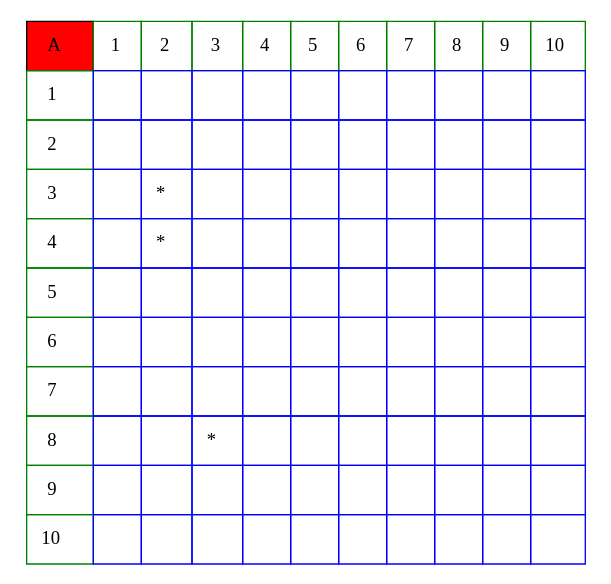
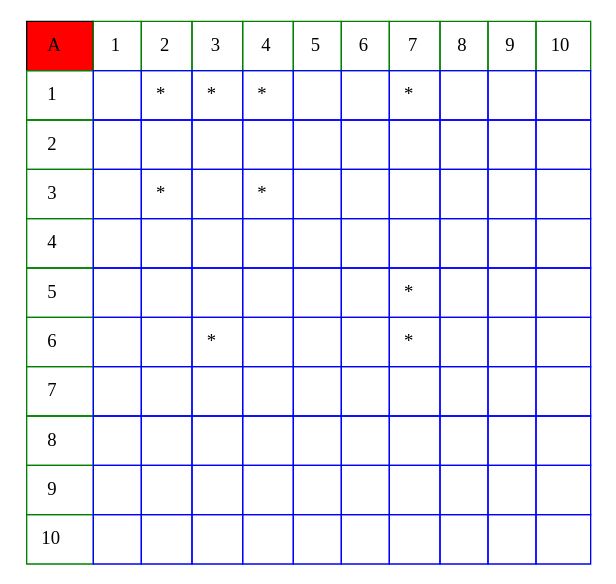
Before and after one commit to AbidelLux/Proyecto02_1S2021IPC2_JAMES: the diagram in Resultado.dot, drawn with Graphviz. The commit also changed 17 other files, not shown here.

```diff
--- a/Resultado.dot
+++ b/Resultado.dot
@@ -1,21 +1,21 @@
 digraph {
 	tbl [
 	size="4,4"
 	shape=plaintext
 	label=<
 
 		<table border="0" color="green" cellpadding="10" cellborder="1" cellspacing="0">
 	<tr><td bgcolor = "red" color="black"> A </td><td color="green">1</td><td color="green">2</td><td color="green">3</td><td color="green">4</td><td color="green">5</td><td color="green">6</td><td color="green">7</td><td color="green">8</td><td color="green">9</td><td color="green">10</td></tr>
-			<tr><td color="green"> 1 </td><td color="blue">   </td><td color="blue">   </td><td color="blue">   </td><td color="blue">   </td><td color="blue">   </td><td color="blue">   </td><td color="blue">   </td><td color="blue">   </td><td color="blue">   </td><td color="blue">   </td></tr>
+			<tr><td color="green"> 1 </td><td color="blue">   </td><td color="blue"> * </td><td color="blue"> * </td><td color="blue"> * </td><td color="blue">   </td><td color="blue">   </td><td color="blue"> * </td><td color="blue">   </td><td color="blue">   </td><td color="blue">   </td></tr>
 			<tr><td color="green"> 2 </td><td color="blue">   </td><td color="blue">   </td><td color="blue">   </td><td color="blue">   </td><td color="blue">   </td><td color="blue">   </td><td color="blue">   </td><td color="blue">   </td><td color="blue">   </td><td color="blue">   </td></tr>
-			<tr><td color="green"> 3 </td><td color="blue">   </td><td color="blue"> * </td><td color="blue">   </td><td color="blue">   </td><td color="blue">   </td><td color="blue">   </td><td color="blue">   </td><td color="blue">   </td><td color="blue">   </td><td color="blue">   </td></tr>
-			<tr><td color="green"> 4 </td><td color="blue">   </td><td color="blue"> * </td><td color="blue">   </td><td color="blue">   </td><td color="blue">   </td><td color="blue">   </td><td color="blue">   </td><td color="blue">   </td><td color="blue">   </td><td color="blue">   </td></tr>
-			<tr><td color="green"> 5 </td><td color="blue">   </td><td color="blue">   </td><td color="blue">   </td><td color="blue">   </td><td color="blue">   </td><td color="blue">   </td><td color="blue">   </td><td color="blue">   </td><td color="blue">   </td><td color="blue">   </td></tr>
-			<tr><td color="green"> 6 </td><td color="blue">   </td><td color="blue">   </td><td color="blue">   </td><td color="blue">   </td><td color="blue">   </td><td color="blue">   </td><td color="blue">   </td><td color="blue">   </td><td color="blue">   </td><td color="blue">   </td></tr>
+			<tr><td color="green"> 3 </td><td color="blue">   </td><td color="blue"> * </td><td color="blue">   </td><td color="blue"> * </td><td color="blue">   </td><td color="blue">   </td><td color="blue">   </td><td color="blue">   </td><td color="blue">   </td><td color="blue">   </td></tr>
+			<tr><td color="green"> 4 </td><td color="blue">   </td><td color="blue">   </td><td color="blue">   </td><td color="blue">   </td><td color="blue">   </td><td color="blue">   </td><td color="blue">   </td><td color="blue">   </td><td color="blue">   </td><td color="blue">   </td></tr>
+			<tr><td color="green"> 5 </td><td color="blue">   </td><td color="blue">   </td><td color="blue">   </td><td color="blue">   </td><td color="blue">   </td><td color="blue">   </td><td color="blue"> * </td><td color="blue">   </td><td color="blue">   </td><td color="blue">   </td></tr>
+			<tr><td color="green"> 6 </td><td color="blue">   </td><td color="blue">   </td><td color="blue"> * </td><td color="blue">   </td><td color="blue">   </td><td color="blue">   </td><td color="blue"> * </td><td color="blue">   </td><td color="blue">   </td><td color="blue">   </td></tr>
 			<tr><td color="green"> 7 </td><td color="blue">   </td><td color="blue">   </td><td color="blue">   </td><td color="blue">   </td><td color="blue">   </td><td color="blue">   </td><td color="blue">   </td><td color="blue">   </td><td color="blue">   </td><td color="blue">   </td></tr>
-			<tr><td color="green"> 8 </td><td color="blue">   </td><td color="blue">   </td><td color="blue"> * </td><td color="blue">   </td><td color="blue">   </td><td color="blue">   </td><td color="blue">   </td><td color="blue">   </td><td color="blue">   </td><td color="blue">   </td></tr>
+			<tr><td color="green"> 8 </td><td color="blue">   </td><td color="blue">   </td><td color="blue">   </td><td color="blue">   </td><td color="blue">   </td><td color="blue">   </td><td color="blue">   </td><td color="blue">   </td><td color="blue">   </td><td color="blue">   </td></tr>
 			<tr><td color="green"> 9 </td><td color="blue">   </td><td color="blue">   </td><td color="blue">   </td><td color="blue">   </td><td color="blue">   </td><td color="blue">   </td><td color="blue">   </td><td color="blue">   </td><td color="blue">   </td><td color="blue">   </td></tr>
 			<tr><td color="green"> 10 </td><td color="blue">   </td><td color="blue">   </td><td color="blue">   </td><td color="blue">   </td><td color="blue">   </td><td color="blue">   </td><td color="blue">   </td><td color="blue">   </td><td color="blue">   </td><td color="blue">   </td></tr>
 			</table>
 		>];
 }
```
